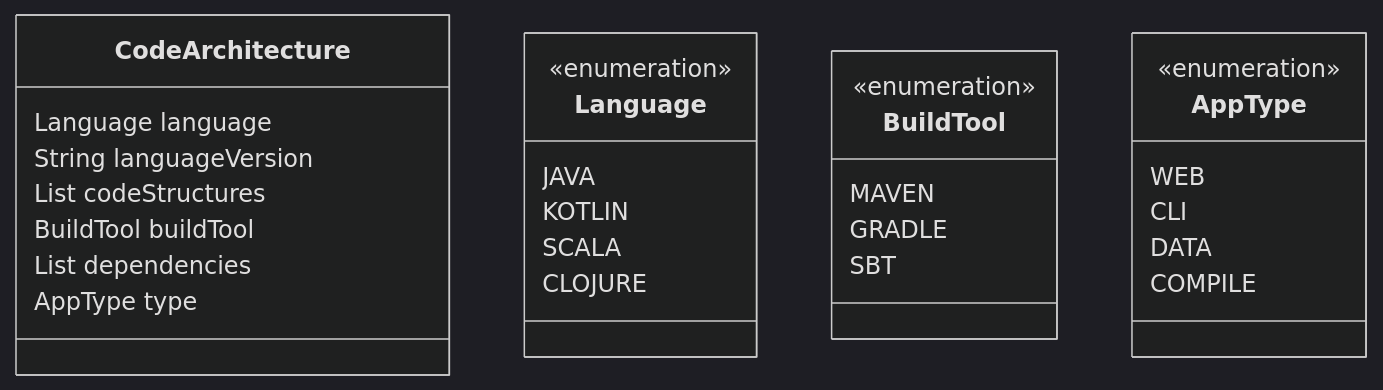
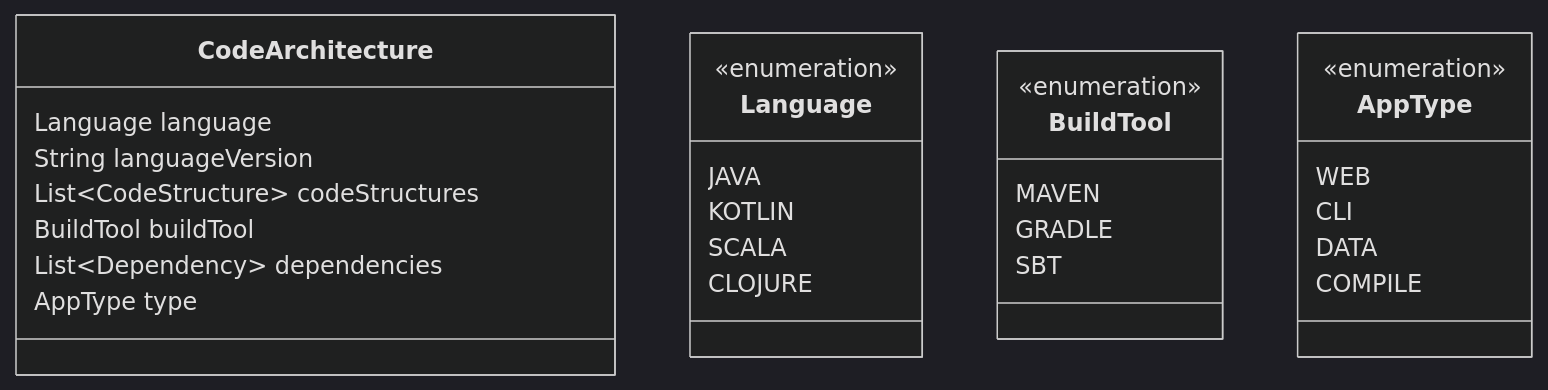
One commit to archguard/archguard-wiki changed the third of 5 diagrams in architecture/ArchitectureView.md. Above: the diagram before and after it, drawn with Mermaid (dark theme). The commit also changed other lines of this file and 3 other files, not shown here.

Commit message:
add ArchModel-Flow

````diff
--- a/architecture/ArchitectureView.md
+++ b/architecture/ArchitectureView.md
@@ -145,36 +148,36 @@
 ```mermaid
 classDiagram
 class CodeArchitecture {
 	Language language
 	String languageVersion
-	List<CodeStructure> codeStructures
+	List~CodeStructure~ codeStructures
 	BuildTool buildTool
-	List<Dependency> dependencies
+	List~Dependency~ dependencies
 	AppType type
 }
 
 class Language{
     <<enumeration>>
     JAVA
     KOTLIN
     SCALA
     CLOJURE
 }
 
 class BuildTool{
     <<enumeration>>
     MAVEN
     GRADLE
 		SBT
 }
 
 class AppType{
     <<enumeration>>
     WEB
     CLI
     DATA
     COMPILE
 }
 
 
 ```
````
